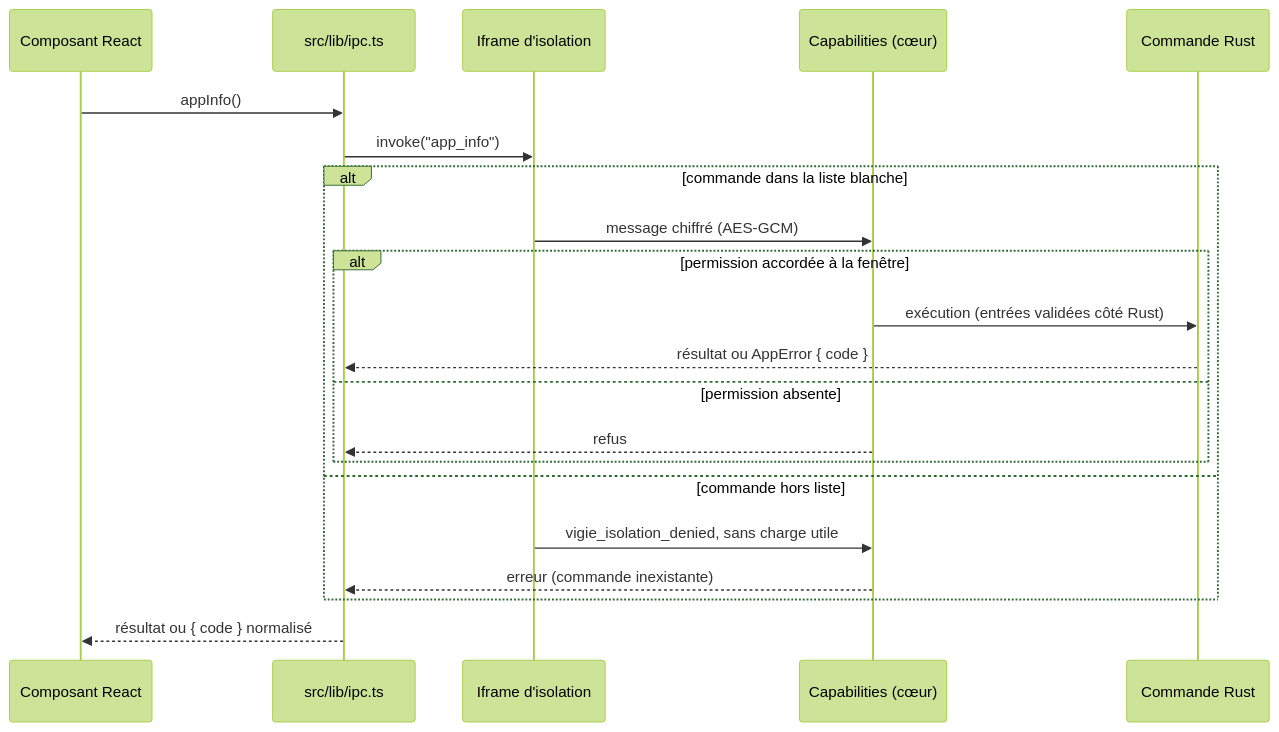
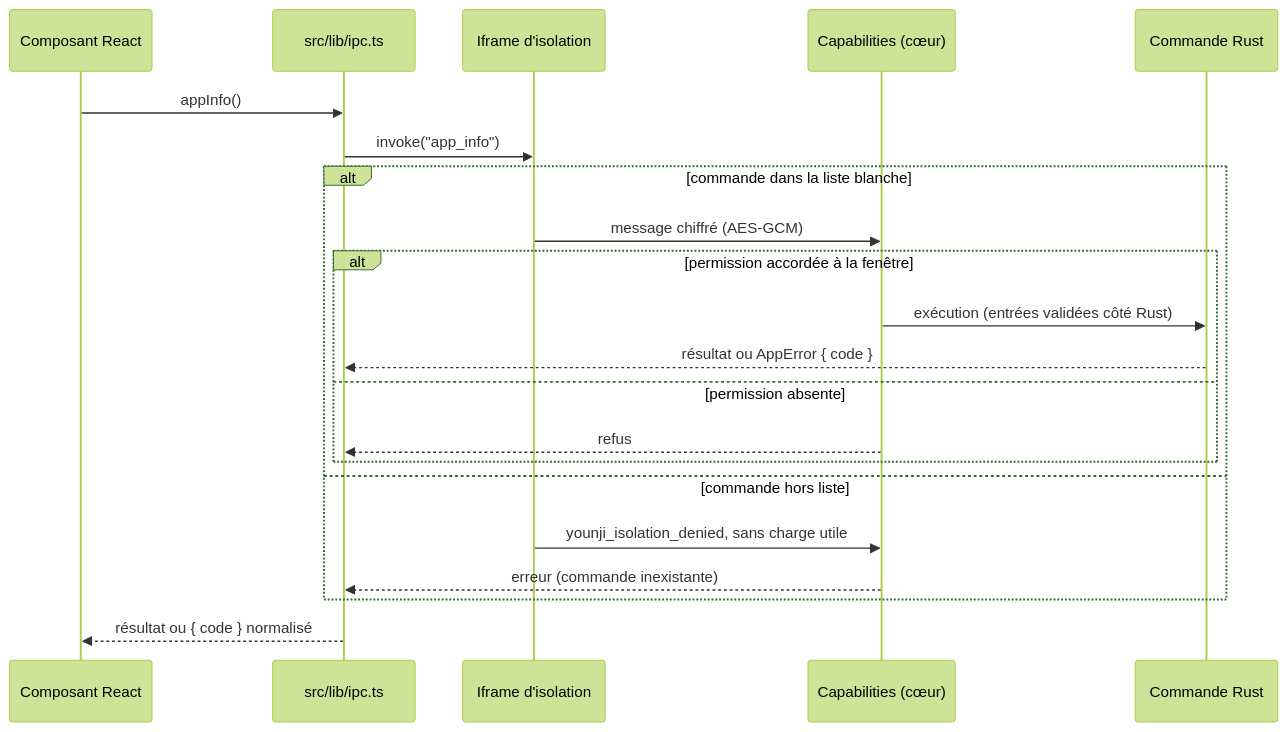
Before and after one commit to mlft9/vigie: the second of 3 diagrams in docs/ARCHITECTURE.md, drawn with Mermaid (forest theme). The commit also changed other lines of this file and 60 other files, not shown here.

First line of the commit message:
refactor: renomme le projet Vigie en Younji (ADR-017)

````diff
--- a/docs/ARCHITECTURE.md
+++ b/docs/ARCHITECTURE.md
@@ -111,23 +111,23 @@
 ```mermaid
 sequenceDiagram
     participant UI as Composant React
     participant IPC as src/lib/ipc.ts
     participant ISO as Iframe d'isolation
     participant ACL as Capabilities (cœur)
     participant CMD as Commande Rust
     UI->>IPC: appInfo()
     IPC->>ISO: invoke("app_info")
     alt commande dans la liste blanche
         ISO->>ACL: message chiffré (AES-GCM)
         alt permission accordée à la fenêtre
             ACL->>CMD: exécution (entrées validées côté Rust)
             CMD-->>IPC: résultat ou AppError { code }
         else permission absente
             ACL-->>IPC: refus
         end
     else commande hors liste
-        ISO->>ACL: vigie_isolation_denied, sans charge utile
+        ISO->>ACL: younji_isolation_denied, sans charge utile
         ACL-->>IPC: erreur (commande inexistante)
     end
     IPC-->>UI: résultat ou { code } normalisé
 ```
````
